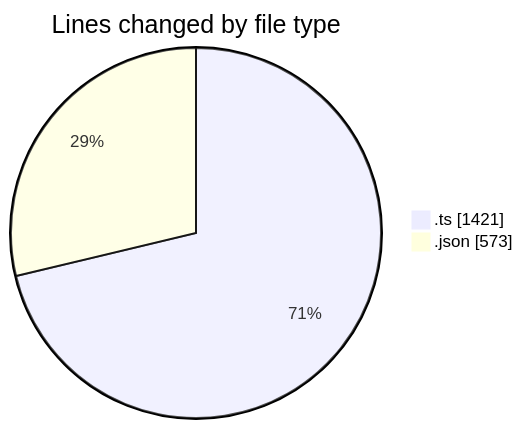
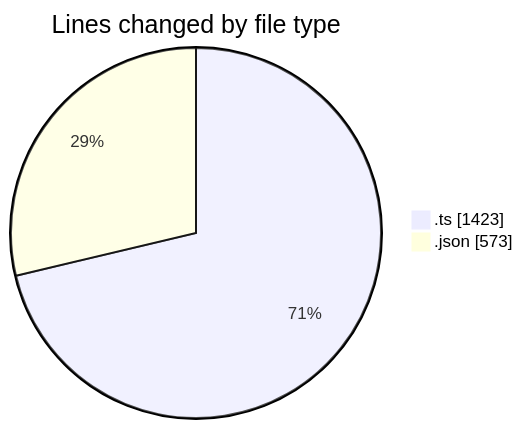
Before and after one commit to momahboobian/code-tracking: the first of 2 diagrams in 2025-10-22/cda/README.md, drawn with Mermaid. The commit also changed other lines of this file and 1 other file, not shown here.

````diff
--- a/2025-10-22/cda/README.md
+++ b/2025-10-22/cda/README.md
@@ -25,6 +25,6 @@
 ```mermaid
 pie showData
 title Lines changed by file type
-".ts" : 1421
+".ts" : 1423
 ".json" : 573
 ```
````
